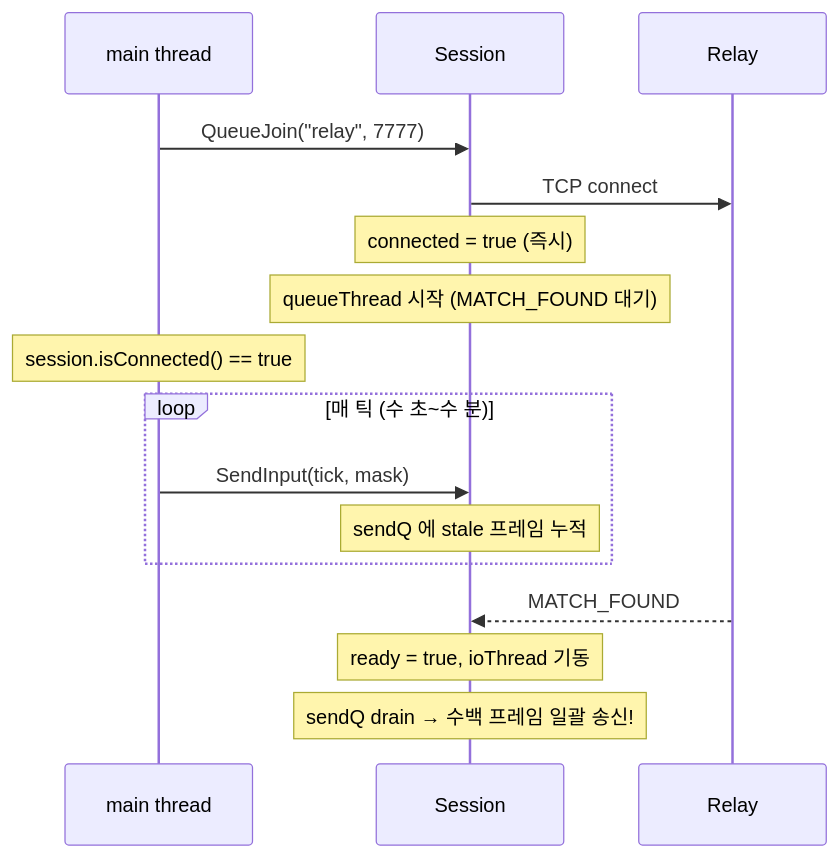
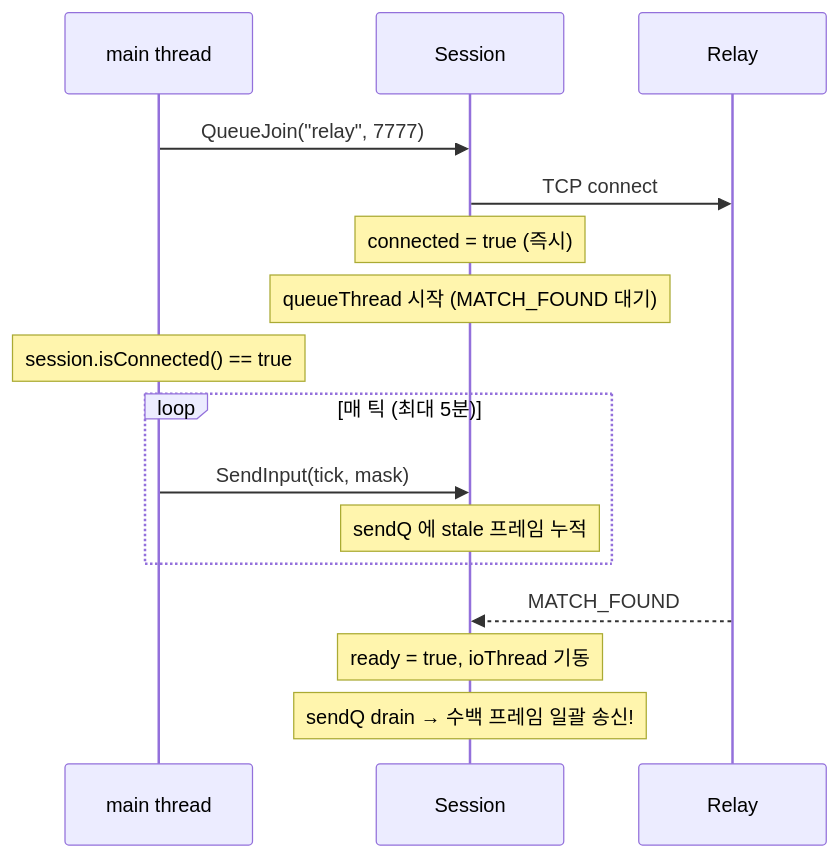
The eighth of 13 diagrams in docs/blog/part6-lockstep-networking.md (Rein-ArXiv/Tetris-Multiplayer-RL), drawn with Mermaid before and after one commit. The commit also changed other lines of this file and 41 other files, not shown here.

````diff
--- a/docs/blog/part6-lockstep-networking.md
+++ b/docs/blog/part6-lockstep-networking.md
@@ -1528,19 +2455,19 @@
 ```mermaid
 sequenceDiagram
     participant M as main thread
     participant S as Session
     participant R as Relay
 
     M->>S: QueueJoin("relay", 7777)
     S->>R: TCP connect
     Note over S: connected = true (즉시)
     Note over S: queueThread 시작 (MATCH_FOUND 대기)
     Note over M: session.isConnected() == true
-    loop 매 틱 (수 초~수 분)
+    loop 매 틱 (최대 5분)
         M->>S: SendInput(tick, mask)
         Note over S: sendQ 에 stale 프레임 누적
     end
     R-->>S: MATCH_FOUND
     Note over S: ready = true, ioThread 기동
     Note over S: sendQ drain → 수백 프레임 일괄 송신!
 ```
````
